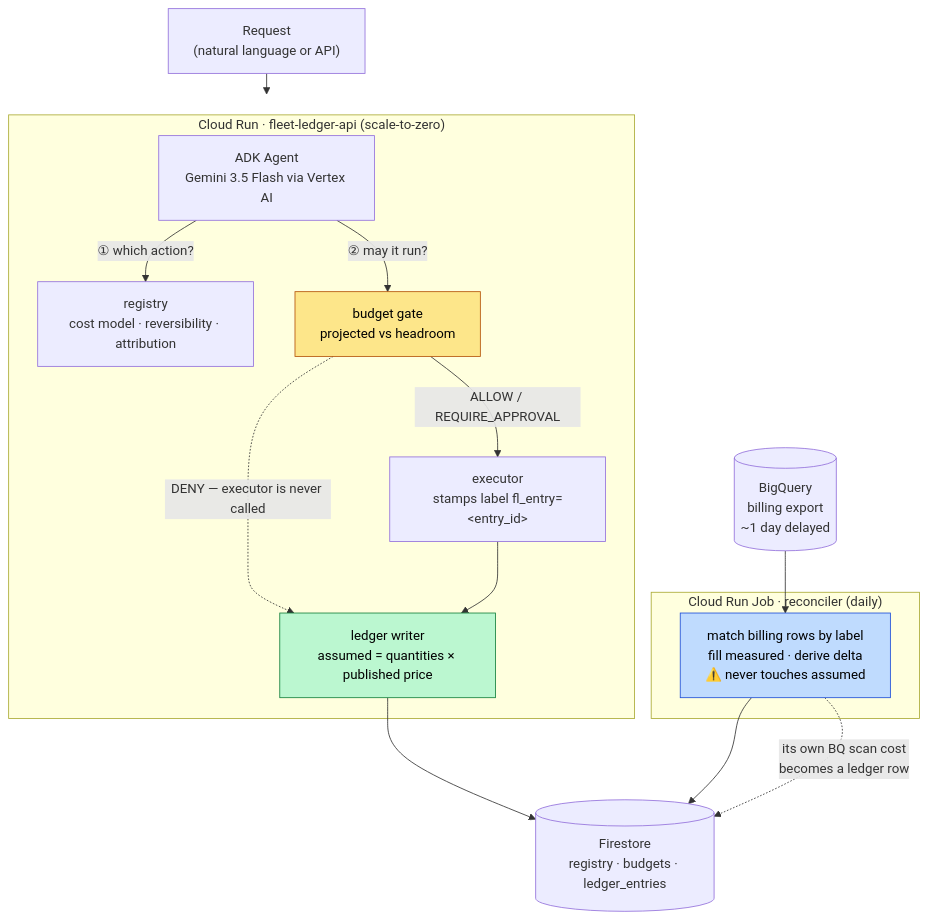
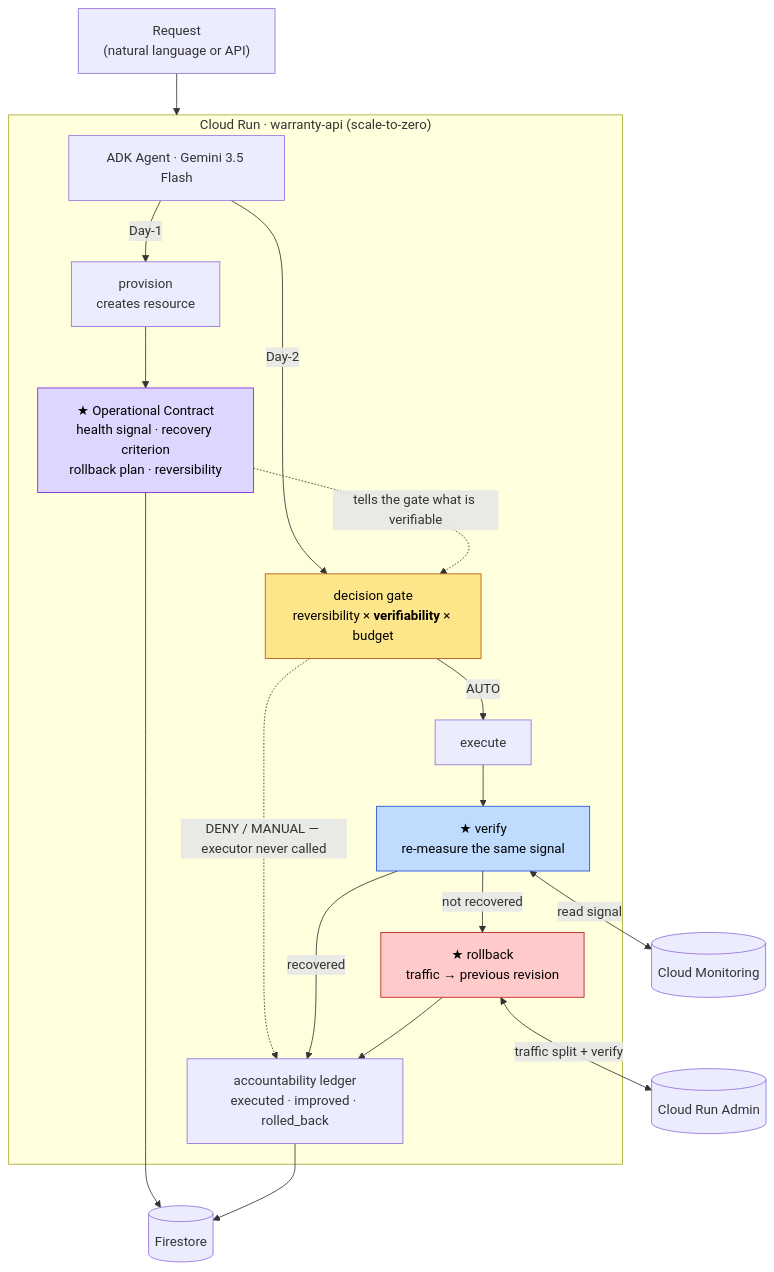
One commit to men16922/warranty-agent changed the first of 4 diagrams in docs/OVERVIEW.md. Above: the diagram before and after it, drawn with Mermaid. The commit also changed other lines of this file and 46 other files, not shown here.

First line of the commit message:
spec!: GCP 올인 재정의 — fleet-ledger → warranty (gate 30)

````diff
--- a/docs/OVERVIEW.md
+++ b/docs/OVERVIEW.md
@@ -43,32 +52,34 @@
 ```mermaid
 flowchart TB
-    REQ["Request<br/>(natural language or API)"] --> RUN
+    NL["Request<br/>(natural language or API)"] --> RUN
 
-    subgraph RUN["Cloud Run · fleet-ledger-api  (scale-to-zero)"]
-        AGENT["ADK Agent<br/>Gemini 3.5 Flash via Vertex AI"]
-        REG["registry<br/>cost model · reversibility · attribution"]
-        GATE["budget gate<br/>projected vs headroom"]
-        EXEC["executor<br/>stamps label fl_entry=&lt;entry_id&gt;"]
-        LED["ledger writer<br/>assumed = quantities × published price"]
+    subgraph RUN["Cloud Run · warranty-api  (scale-to-zero)"]
+        AGENT["ADK Agent · Gemini 3.5 Flash"]
+        PROV["provision<br/>creates resource"]
+        CONTRACT["★ Operational Contract<br/>health signal · recovery criterion<br/>rollback plan · reversibility"]
+        GATE["decision gate<br/>reversibility × <b>verifiability</b> × budget"]
+        EXEC["execute"]
+        VERIFY["★ verify<br/>re-measure the same signal"]
+        RB["★ rollback<br/>traffic → previous revision"]
+        LED["accountability ledger<br/>executed · improved · rolled_back"]
 
-        AGENT -->|"① which action?"| REG
-        AGENT -->|"② may it run?"| GATE
-        GATE -->|"ALLOW / REQUIRE_APPROVAL"| EXEC
-        GATE -.->|"DENY — executor is never called"| LED
-        EXEC --> LED
+        AGENT -->|Day-1| PROV --> CONTRACT
+        AGENT -->|Day-2| GATE
+        CONTRACT -.->|"tells the gate what is verifiable"| GATE
+        GATE -->|AUTO| EXEC
+        GATE -.->|"DENY / MANUAL — executor never called"| LED
+        EXEC --> VERIFY
+        VERIFY -->|recovered| LED
+        VERIFY -->|not recovered| RB --> LED
     end
 
-    LED --> FS[("Firestore<br/>registry · budgets · ledger_entries")]
+    CONTRACT --> FS[("Firestore")]
+    LED --> FS
+    VERIFY <-->|read signal| CM[("Cloud Monitoring")]
+    RB <-->|traffic split + verify| CR[("Cloud Run Admin")]
 
-    subgraph JOB["Cloud Run Job · reconciler  (daily)"]
-        RECON["match billing rows by label<br/>fill measured · derive delta<br/>⚠️ never touches assumed"]
-    end
-
-    BQ[("BigQuery<br/>billing export<br/>~1 day delayed")] --> RECON
-    RECON --> FS
-    RECON -.->|"its own BQ scan cost<br/>becomes a ledger row"| FS
-
+    style CONTRACT fill:#ddd6fe,stroke:#6d28d9,color:#000
     style GATE fill:#fde68a,stroke:#b45309,color:#000
-    style RECON fill:#bfdbfe,stroke:#1d4ed8,color:#000
-    style LED fill:#bbf7d0,stroke:#15803d,color:#000
+    style VERIFY fill:#bfdbfe,stroke:#1d4ed8,color:#000
+    style RB fill:#fecaca,stroke:#b91c1c,color:#000
 ```
````
